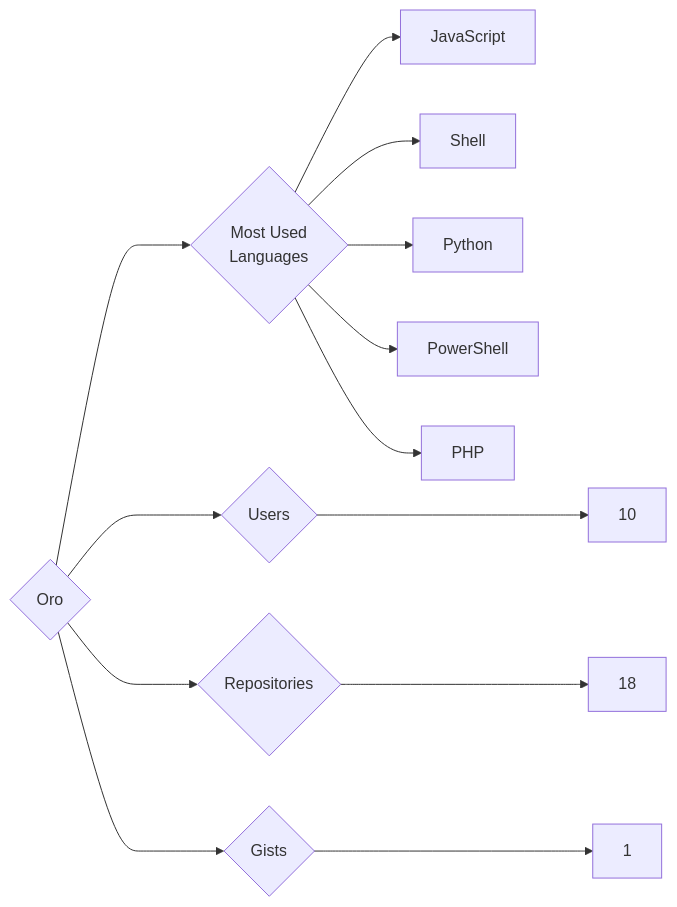
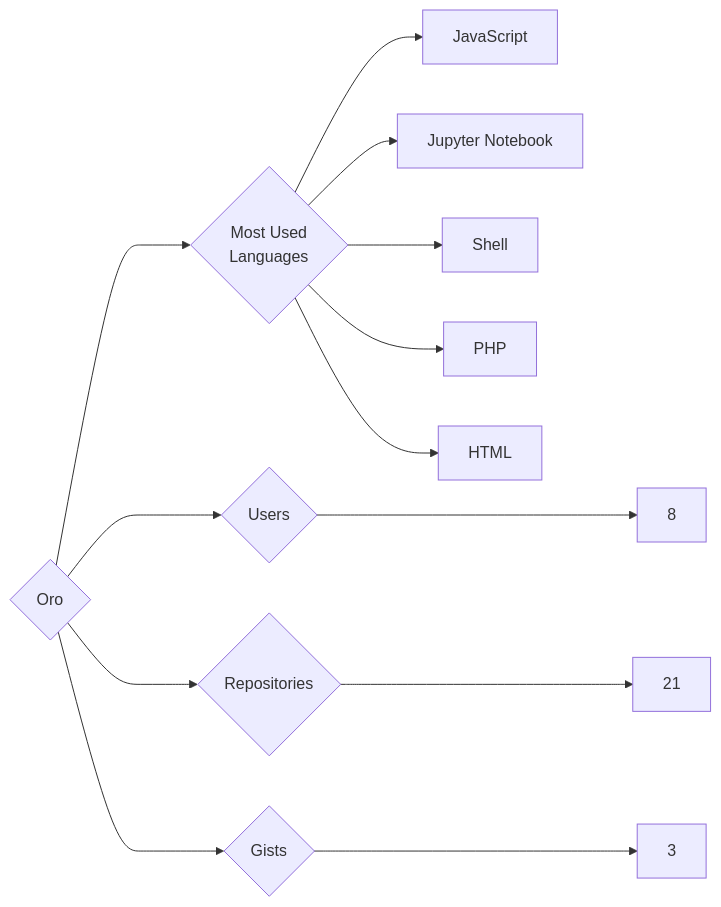
One commit to trickest/insiders changed the diagram in targets/Oro/README.md. Above: the diagram before and after it, drawn with Mermaid. The commit also changed 928 other files, not shown here.

````diff
--- a/targets/Oro/README.md
+++ b/targets/Oro/README.md
@@ -3,13 +3,13 @@
 ```mermaid
 graph LR
 COMPANY_NAME{Oro}
-COMPANY_NAME ---> U{Users} ---> UN[10]
-COMPANY_NAME ---> R{Repositories} ---> RN[18]
-COMPANY_NAME ---> G{Gists} ---> GN[1]
+COMPANY_NAME ---> U{Users} ---> UN[8]
+COMPANY_NAME ---> R{Repositories} ---> RN[21]
+COMPANY_NAME ---> G{Gists} ---> GN[3]
 COMPANY_NAME ---> ML{Most Used<br>Languages}
 ML --> JavaScript[JavaScript]
+ML --> Jupyter_Notebook[Jupyter Notebook]
 ML --> Shell[Shell]
-ML --> Python[Python]
-ML --> PowerShell[PowerShell]
 ML --> PHP[PHP]
+ML --> HTML[HTML]
 ```
````
